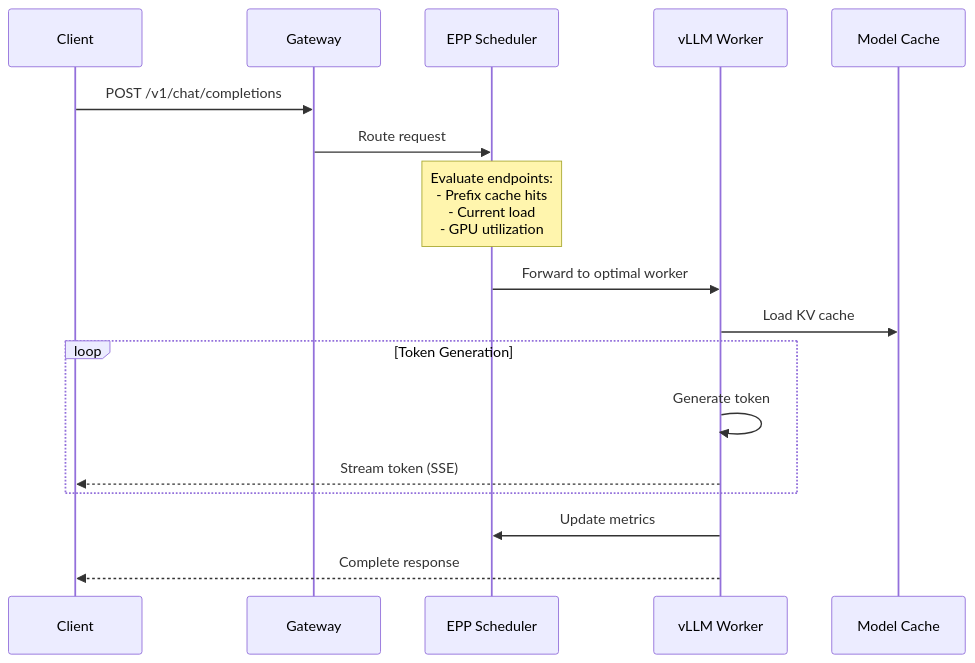
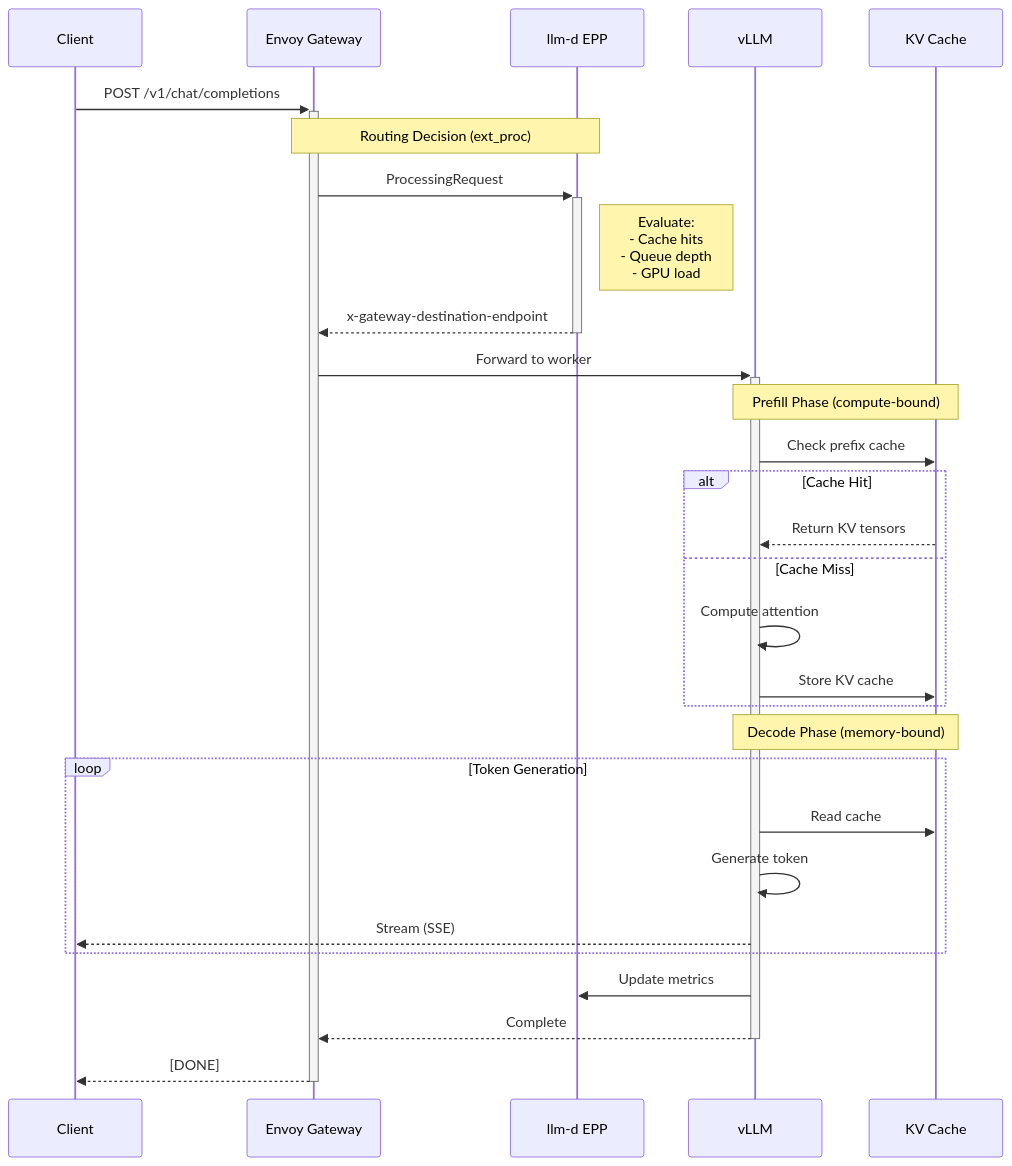
One commit to natifridman/kserve-demo changed the second of 2 diagrams in README.md. Above: the diagram before and after it, drawn with Mermaid. The commit also changed other lines of this file, not shown here.

Commit message:
Update readme diagrams

````diff
--- a/README.md
+++ b/README.md
@@ -81,24 +90,41 @@
 ```mermaid
 sequenceDiagram
-    participant C as Client
-    participant G as Gateway
-    participant E as EPP Scheduler
-    participant V as vLLM Worker
-    participant M as Model Cache
+    accTitle: LLM Inference Request Lifecycle
+    accDescr: Request flow showing ext_proc routing and vLLM inference phases.
 
-    C->>G: POST /v1/chat/completions
-    G->>E: Route request
+    participant Client
+    participant GW as Envoy Gateway
+    participant EPP as llm-d EPP
+    participant vLLM
+    participant Cache as KV Cache
 
-    Note over E: Evaluate endpoints:<br/>- Prefix cache hits<br/>- Current load<br/>- GPU utilization
+    Client->>+GW: POST /v1/chat/completions
 
-    E->>V: Forward to optimal worker
-    V->>M: Load KV cache
+    Note over GW,EPP: Routing Decision (ext_proc)
+    GW->>+EPP: ProcessingRequest
+    Note right of EPP: Evaluate:<br/>- Cache hits<br/>- Queue depth<br/>- GPU load
+    EPP-->>-GW: x-gateway-destination-endpoint
 
-    loop Token Generation
-        V->>V: Generate token
-        V-->>C: Stream token (SSE)
+    GW->>+vLLM: Forward to worker
+
+    Note over vLLM,Cache: Prefill Phase (compute-bound)
+    vLLM->>Cache: Check prefix cache
+    alt Cache Hit
+        Cache-->>vLLM: Return KV tensors
+    else Cache Miss
+        vLLM->>vLLM: Compute attention
+        vLLM->>Cache: Store KV cache
     end
 
-    V->>E: Update metrics
-    V-->>C: Complete response
+    Note over vLLM,Cache: Decode Phase (memory-bound)
+    loop Token Generation
+        vLLM->>Cache: Read cache
+        vLLM->>vLLM: Generate token
+        vLLM-->>Client: Stream (SSE)
+    end
+
+    vLLM->>EPP: Update metrics
+    vLLM-->>-GW: Complete
+
+    GW-->>-Client: [DONE]
 ```
````
